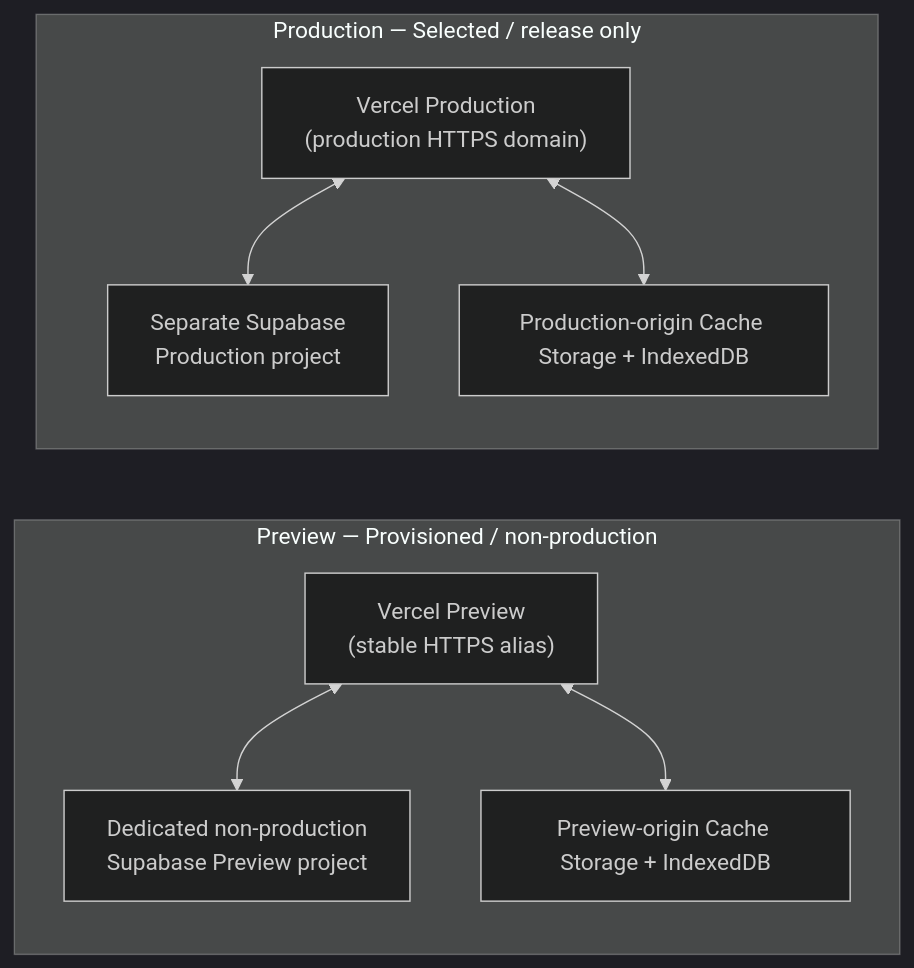
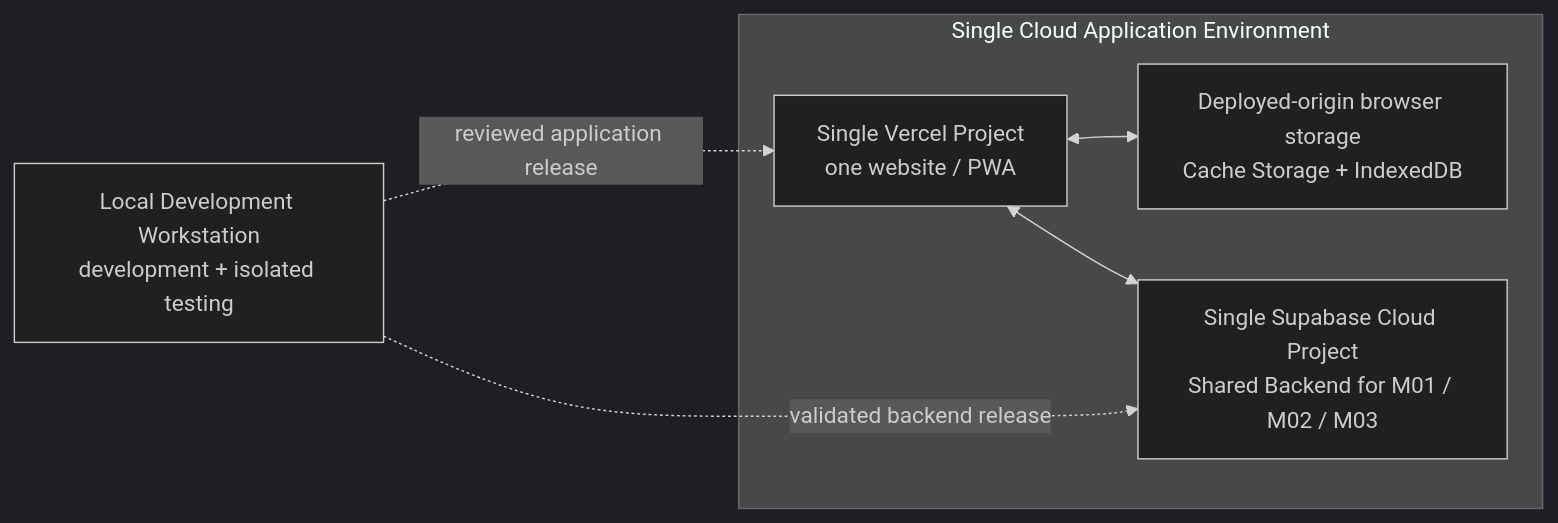
Before and after one commit to MckhueVanPhuc/Refactor-Cuc-Phuong: the diagram in docs/architecture/environment.md, drawn with Mermaid (dark theme). The commit also changed other lines of this file and 3 other files, not shown here.

````diff
--- a/docs/architecture/environment.md
+++ b/docs/architecture/environment.md
@@ -26,18 +22,16 @@
 ```mermaid
 flowchart LR
-    subgraph preview["Preview — Provisioned / non-production"]
-        previewWeb["Vercel Preview<br/>(stable HTTPS alias)"]
-        previewBackend["Dedicated non-production<br/>Supabase Preview project"]
-        previewBrowser["Preview-origin Cache Storage + IndexedDB"]
-        previewWeb <--> previewBackend
-        previewWeb <--> previewBrowser
+    local["Local Development Workstation<br/>development + isolated testing"]
+
+    subgraph cloud["Single Cloud Application Environment"]
+        vercel["Single Vercel Project<br/>one website / PWA"]
+        browser["Deployed-origin browser storage<br/>Cache Storage + IndexedDB"]
+        supabase["Single Supabase Cloud Project<br/>Shared Backend for M01 / M02 / M03"]
+
+        vercel <--> supabase
+        vercel <--> browser
     end
 
-    subgraph production["Production — Selected / release only"]
-        productionWeb["Vercel Production<br/>(production HTTPS domain)"]
-        productionBackend["Separate Supabase<br/>Production project"]
-        productionBrowser["Production-origin Cache Storage + IndexedDB"]
-        productionWeb <--> productionBackend
-        productionWeb <--> productionBrowser
-    end
+    local -. "reviewed application release" .-> vercel
+    local -. "validated backend release" .-> supabase
 ```
````
